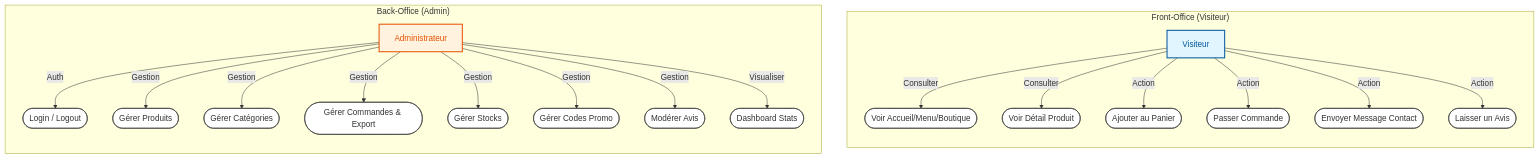
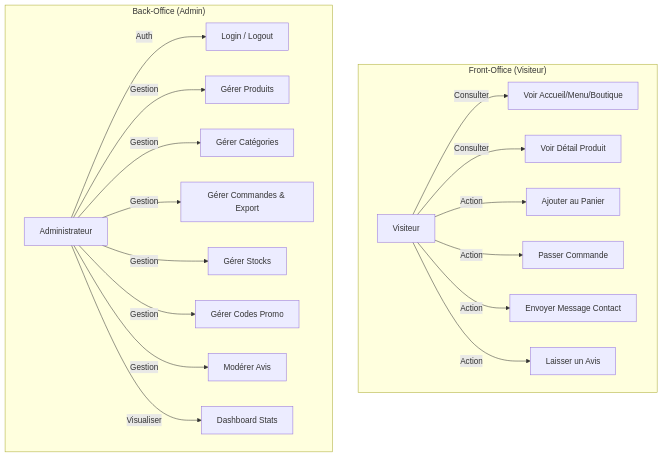
The first of 4 diagrams in technical_design.md (MPSBeats/ProjetTransverse), drawn with Mermaid before and after one commit. The commit also changed other lines of this file, not shown here.

Commit message:
style: revert diagrams to plain styling

````diff
--- a/technical_design.md
+++ b/technical_design.md
@@ -10,31 +10,24 @@
 ```mermaid
 graph TD
-    %% Custom styles
-    classDef actorStyle fill:#e1f5fe,stroke:#01579b,stroke-width:2px,color:#01579b;
-    classDef adminStyle fill:#fff3e0,stroke:#e65100,stroke-width:2px,color:#e65100;
-    classDef ucStyle fill:#ffffff,stroke:#333333,stroke-width:1px,rx:10,ry:10;
-
     subgraph "Front-Office (Visiteur)"
-        direction TB
-        V[Visiteur]:::actorStyle
-        V -->|Consulter| UC1([Voir Accueil/Menu/Boutique]):::ucStyle
-        V -->|Consulter| UC2([Voir Détail Produit]):::ucStyle
-        V -->|Action| UC3([Ajouter au Panier]):::ucStyle
-        V -->|Action| UC4([Passer Commande]):::ucStyle
-        V -->|Action| UC5([Envoyer Message Contact]):::ucStyle
-        V -->|Action| UC6([Laisser un Avis]):::ucStyle
+        V[Visiteur]
+        V -->|Consulter| UC1[Voir Accueil/Menu/Boutique]
+        V -->|Consulter| UC2[Voir Détail Produit]
+        V -->|Action| UC3[Ajouter au Panier]
+        V -->|Action| UC4[Passer Commande]
+        V -->|Action| UC5[Envoyer Message Contact]
+        V -->|Action| UC6[Laisser un Avis]
     end
 
     subgraph "Back-Office (Admin)"
-        direction TB
-        A[Administrateur]:::adminStyle
-        A -->|Auth| UC7([Login / Logout]):::ucStyle
-        A -->|Gestion| UC8([Gérer Produits]):::ucStyle
-        A -->|Gestion| UC9([Gérer Catégories]):::ucStyle
-        A -->|Gestion| UC10([Gérer Commandes & Export]):::ucStyle
-        A -->|Gestion| UC11([Gérer Stocks]):::ucStyle
-        A -->|Gestion| UC12([Gérer Codes Promo]):::ucStyle
-        A -->|Gestion| UC13([Modérer Avis]):::ucStyle
-        A -->|Visualiser| UC14([Dashboard Stats]):::ucStyle
+        A[Administrateur]
+        A -->|Auth| UC7[Login / Logout]
+        A -->|Gestion| UC8[Gérer Produits]
+        A -->|Gestion| UC9[Gérer Catégories]
+        A -->|Gestion| UC10[Gérer Commandes & Export]
+        A -->|Gestion| UC11[Gérer Stocks]
+        A -->|Gestion| UC12[Gérer Codes Promo]
+        A -->|Gestion| UC13[Modérer Avis]
+        A -->|Visualiser| UC14[Dashboard Stats]
     end
 ```
````
